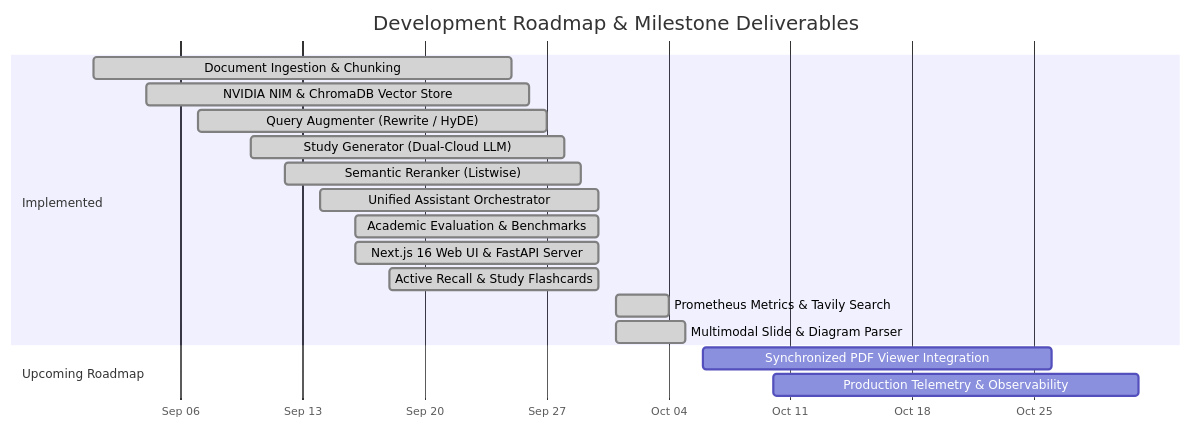
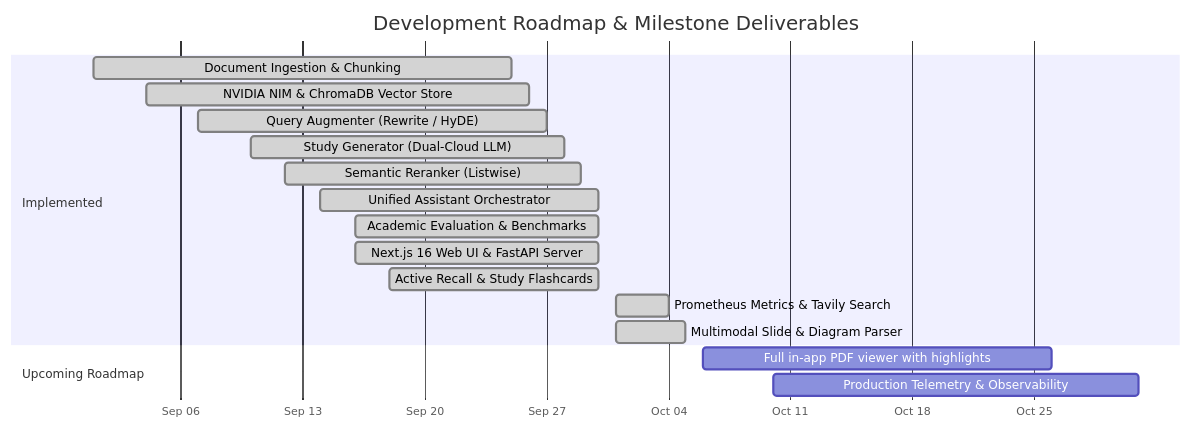
Before and after one commit to Khazar451/study-assistant: the second of 2 diagrams in README.md, drawn with Mermaid. The commit also changed other lines of this file and 8 other files, not shown here.

````diff
--- a/README.md
+++ b/README.md
@@ -253,21 +266,21 @@
 ```mermaid
 gantt
     title Development Roadmap & Milestone Deliverables
     dateFormat  YYYY-MM-DD
     axisFormat  %b %d
     section Implemented
     Document Ingestion & Chunking       :done, 2026-09-01, 2026-09-25
     NVIDIA NIM & ChromaDB Vector Store  :done, 2026-09-04, 2026-09-26
     Query Augmenter (Rewrite / HyDE)    :done, 2026-09-07, 2026-09-27
     Study Generator (Dual-Cloud LLM)    :done, 2026-09-10, 2026-09-28
     Semantic Reranker (Listwise)        :done, 2026-09-12, 2026-09-29
     Unified Assistant Orchestrator      :done, 2026-09-14, 2026-09-30
     Academic Evaluation & Benchmarks    :done, 2026-09-16, 2026-09-30
     Next.js 16 Web UI & FastAPI Server  :done, 2026-09-16, 2026-09-30
     Active Recall & Study Flashcards    :done, 2026-09-18, 2026-09-30
     Prometheus Metrics & Tavily Search  :done, 2026-10-01, 2026-10-04
     Multimodal Slide & Diagram Parser   :done, 2026-10-01, 2026-10-05
     section Upcoming Roadmap
-    Synchronized PDF Viewer Integration :2026-10-06, 2026-10-26
+    Full in-app PDF viewer with highlights :2026-10-06, 2026-10-26
     Production Telemetry & Observability:2026-10-10, 2026-10-31
 ```
````
